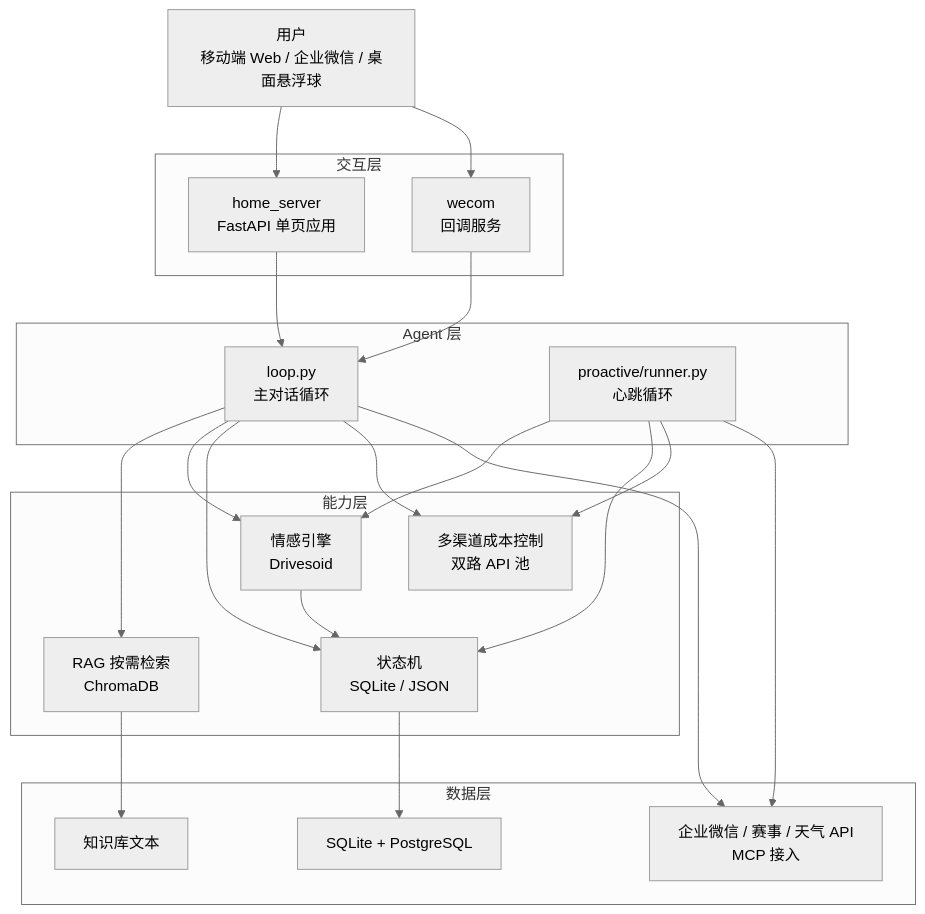
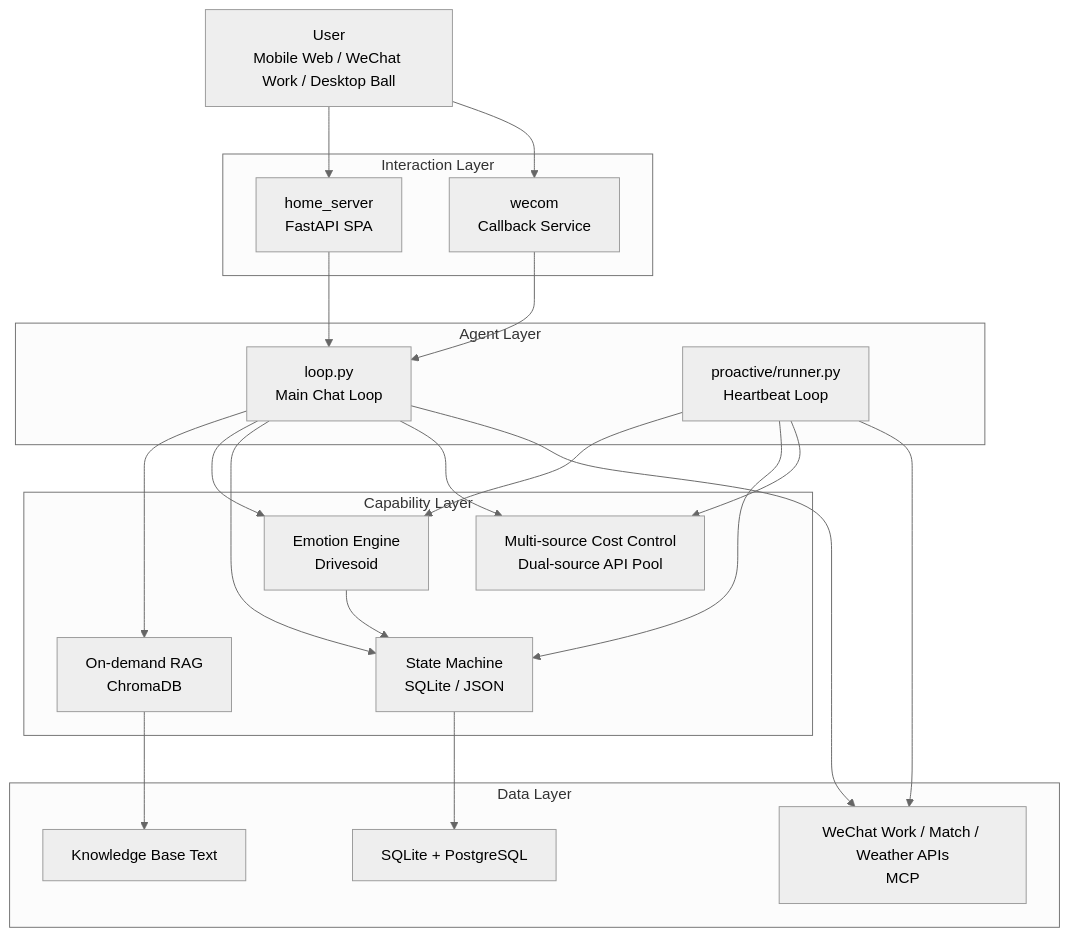
Before and after one commit to olise366oi/kairos-agent: the diagram in README.md, drawn with Mermaid (neutral theme). The commit also changed other lines of this file and 1 other file, not shown here.

````diff
--- a/README.md
+++ b/README.md
@@ -91,39 +90,39 @@
 ```mermaid
 flowchart TD
-    U["用户<br/>移动端 Web / 企业微信 / 桌面悬浮球"]
-    subgraph L1["交互层"]
-        HS["home_server<br/>FastAPI 单页应用"]
-        WC["wecom<br/>回调服务"]
+    U["User<br/>Mobile Web / WeChat Work / Desktop Ball"]
+    subgraph L1["Interaction Layer"]
+        HS["home_server<br/>FastAPI SPA"]
+        WC["wecom<br/>Callback Service"]
     end
-    subgraph L2["Agent 层"]
-        LP["loop.py<br/>主对话循环"]
-        PR["proactive/runner.py<br/>心跳循环"]
+    subgraph L2["Agent Layer"]
+        LP["loop.py<br/>Main Chat Loop"]
+        PR["proactive/runner.py<br/>Heartbeat Loop"]
     end
-    subgraph L3["能力层"]
-        RAG["RAG 按需检索<br/>ChromaDB"]
-        DE["情感引擎<br/>Drivesoid"]
-        SM["状态机<br/>SQLite / JSON"]
-        RT["多渠道成本控制<br/>双路 API 池"]
+    subgraph L3["Capability Layer"]
+        RAG["On-demand RAG<br/>ChromaDB"]
+        DE["Emotion Engine<br/>Drivesoid"]
+        SM["State Machine<br/>SQLite / JSON"]
+        RT["Multi-source Cost Control<br/>Dual-source API Pool"]
     end
-    subgraph L4["数据层"]
+    subgraph L4["Data Layer"]
         DB["SQLite + PostgreSQL"]
-        KB["知识库文本"]
-        EXT["企业微信 / 赛事 / 天气 API<br/>MCP 接入"]
+        KB["Knowledge Base Text"]
+        EXT["WeChat Work / Match / Weather APIs<br/>MCP"]
     end
     U --> HS
     U --> WC
     HS --> LP
     WC --> LP
     LP --> RAG
     LP --> DE
     LP --> SM
     LP --> RT
     PR --> DE
     PR --> SM
     PR --> RT
     RAG --> KB
     SM --> DB
     DE --> SM
     LP --> EXT
     PR --> EXT
 ```
````
